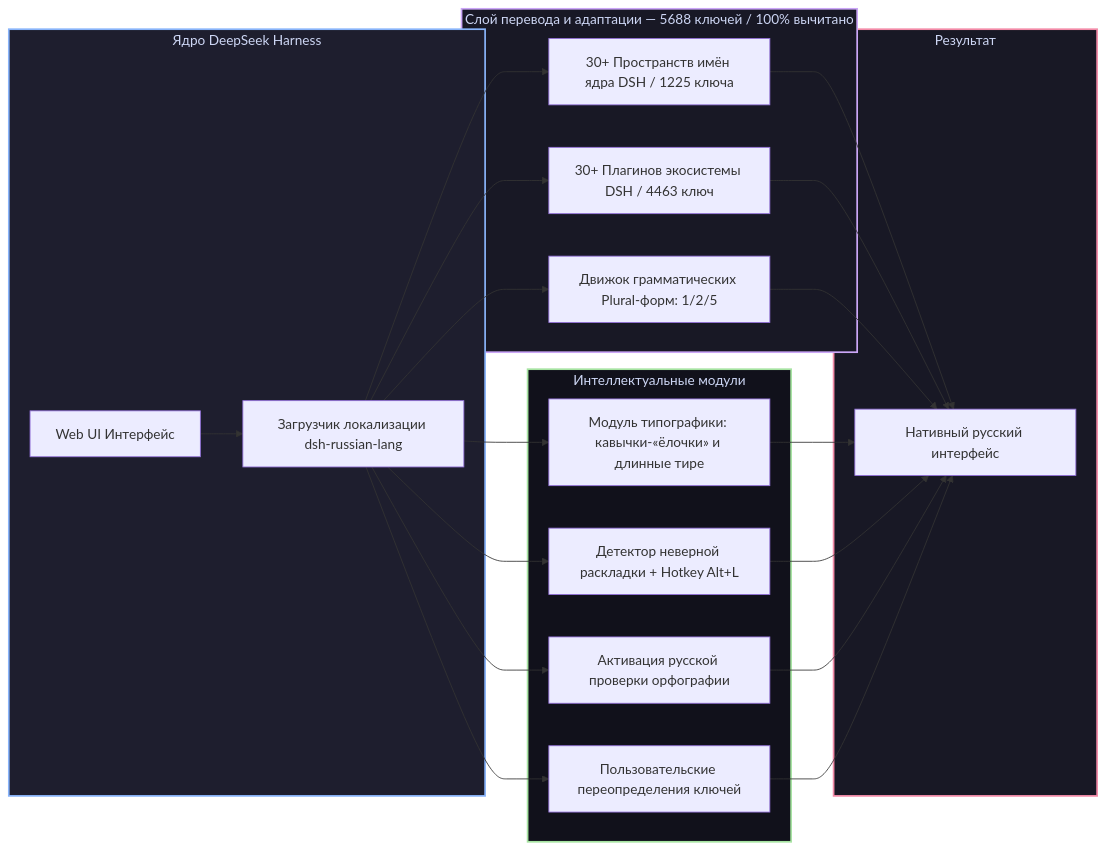
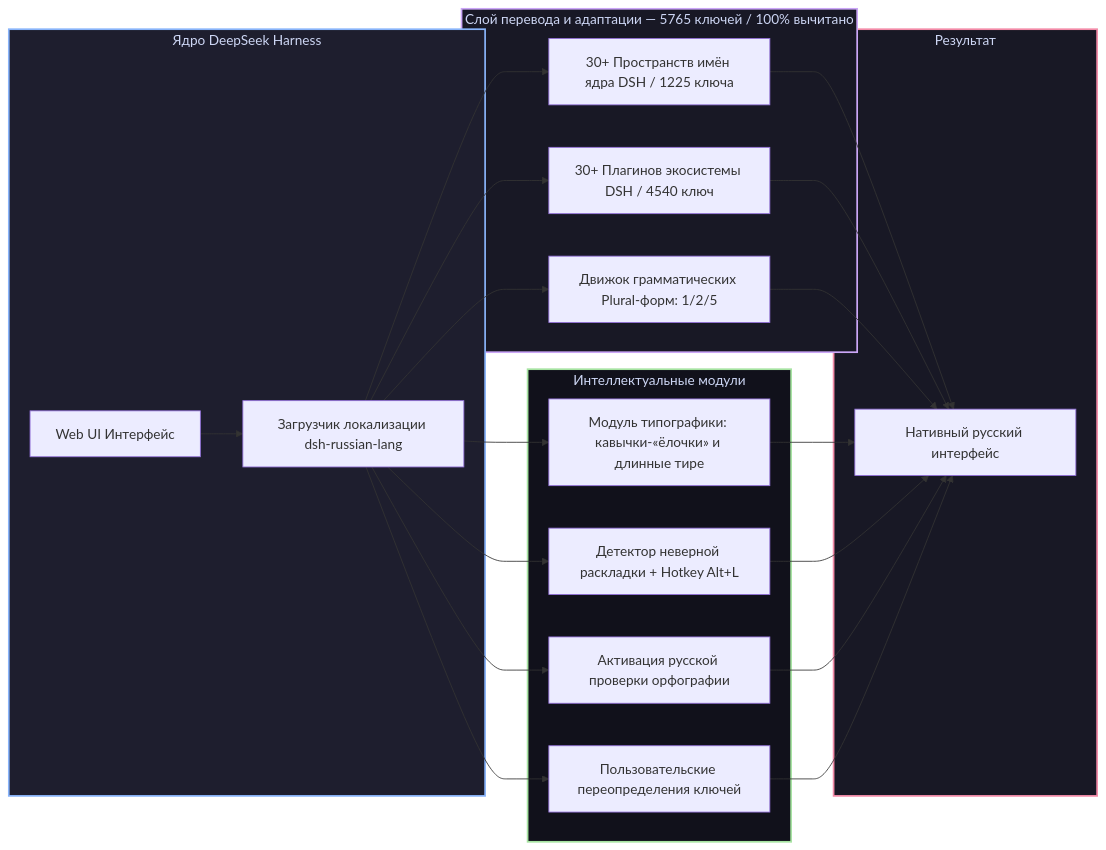
One commit to GooDAnDReaDY/dsh-russian-lang changed the diagram in README.md. Above: the diagram before and after it, drawn with Mermaid. The commit also changed other lines of this file and 11 other files, not shown here.

````diff
--- a/README.md
+++ b/README.md
@@ -39,34 +39,34 @@
 ```mermaid
 graph LR
     subgraph DSHCore [Ядро DeepSeek Harness]
         DSH[Web UI Интерфейс] --> Loader[Загрузчик локализации dsh-russian-lang]
     end
 
-    subgraph TranslationLayer [Слой перевода и адаптации — 5688 ключей / 100% вычитано]
+    subgraph TranslationLayer [Слой перевода и адаптации — 5765 ключей / 100% вычитано]
         Loader --> CoreDict[30+ Пространств имён ядра DSH / 1225 ключа]
-        Loader --> PluginDict[30+ Плагинов экосистемы DSH / 4463 ключ]
+        Loader --> PluginDict[30+ Плагинов экосистемы DSH / 4540 ключ]
         Loader --> PluralEngine[Движок грамматических Plural-форм: 1/2/5]
     end
 
     subgraph SmartFeatures [Интеллектуальные модули]
         Loader --> Typo[Модуль типографики: кавычки-«ёлочки» и длинные тире]
         Loader --> LayoutFix[Детектор неверной раскладки + Hotkey Alt+L]
         Loader --> Spell[Активация русской проверки орфографии]
         Loader --> Overrides[Пользовательские переопределения ключей]
     end
 
     subgraph Result [Результат]
         CoreDict --> NativeUI[Нативный русский интерфейс]
         PluginDict --> NativeUI
         PluralEngine --> NativeUI
         Typo --> NativeUI
         LayoutFix --> NativeUI
         Spell --> NativeUI
         Overrides --> NativeUI
     end
 
     style DSHCore fill:#1e1e2e,stroke:#89b4fa,stroke-width:2px,color:#cdd6f4
     style TranslationLayer fill:#181825,stroke:#cba6f7,stroke-width:2px,color:#cdd6f4
     style SmartFeatures fill:#11111b,stroke:#a6e3a1,stroke-width:2px,color:#cdd6f4
     style Result fill:#181825,stroke:#f38ba8,stroke-width:2px,color:#cdd6f4
 ```
````
